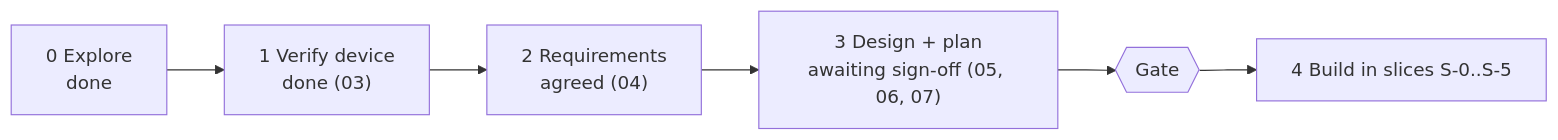
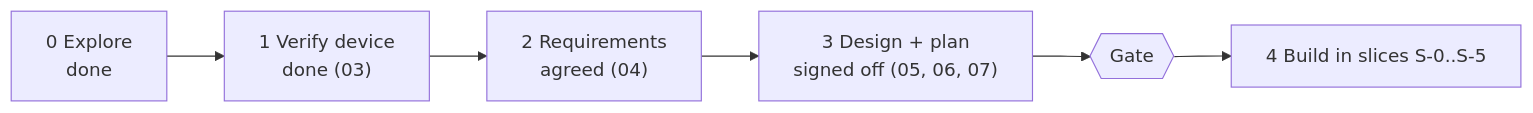
One commit to sirvishal-homelab/homelab changed the diagram in esp-mini-screen/docs/06-implementation-plan.md. Above: the diagram before and after it, drawn with Mermaid. The commit also changed other lines of this file and 6 other files, not shown here.

First line of the commit message:
docs(esp-mini-screen): record sign-off, accept ADRs 0001-0003, gate clear

````diff
--- a/esp-mini-screen/docs/06-implementation-plan.md
+++ b/esp-mini-screen/docs/06-implementation-plan.md
@@ -6,8 +6,8 @@
 ```mermaid
 flowchart LR
   P0["0 Explore<br/>done"] --> P1["1 Verify device<br/>done (03)"]
   P1 --> P2["2 Requirements<br/>agreed (04)"]
-  P2 --> P3["3 Design + plan<br/>awaiting sign-off (05, 06, 07)"]
+  P2 --> P3["3 Design + plan<br/>signed off (05, 06, 07)"]
   P3 --> G{{"Gate"}}
   G --> P4["4 Build in slices S-0..S-5"]
 ```
````
